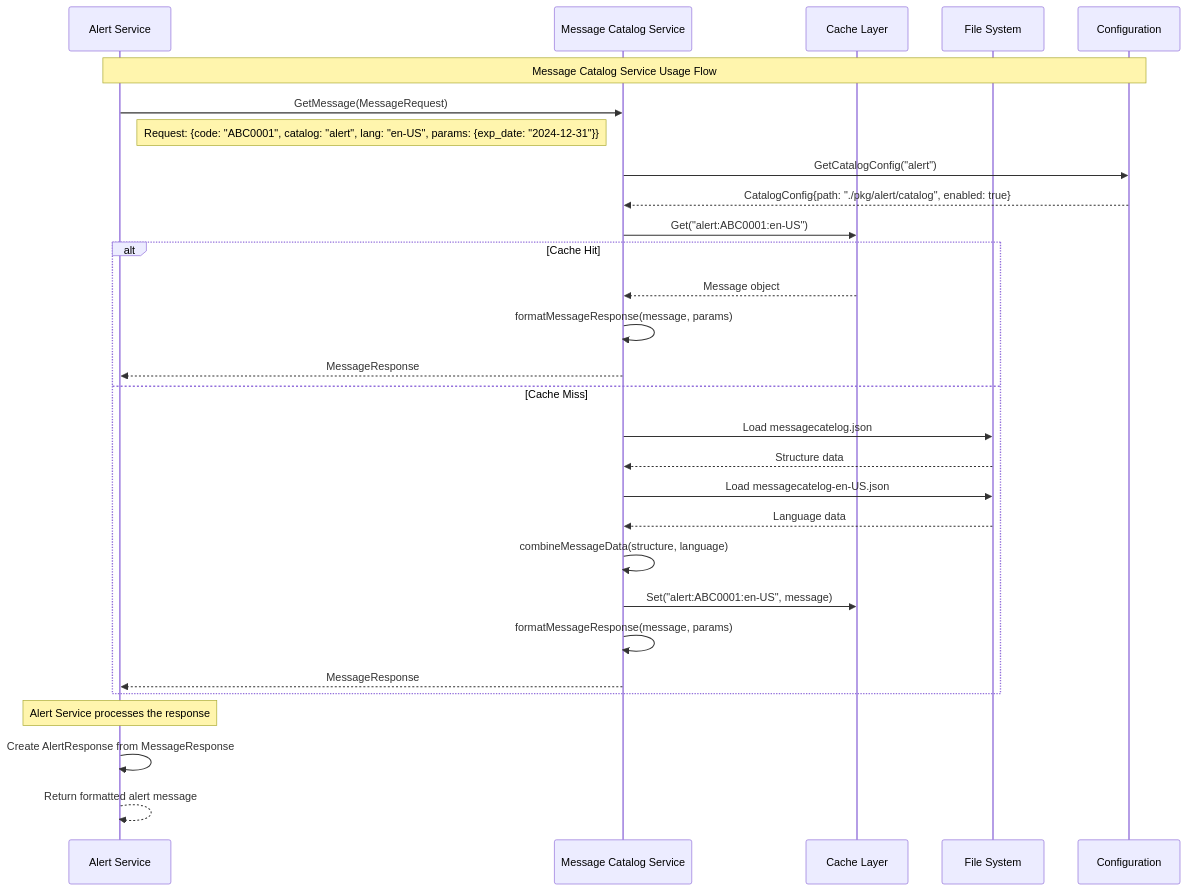
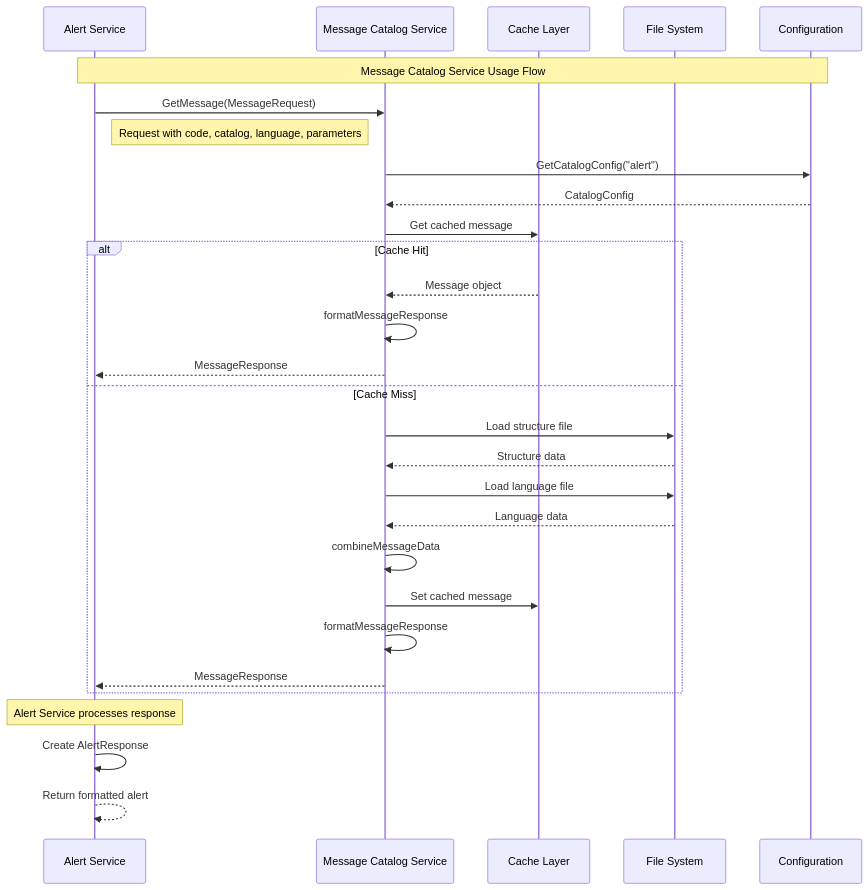
Before and after one commit to tushg/tushartemplategin: the diagram in internal/domains/messagecatalog/diagrams/sequence_diagram.mmd, drawn with Mermaid. The commit also changed 2 other files, not shown here.

Commit message:
fix: Improve Mermaid diagram compatibility and readability
- Simplify class diagram syntax for better rendering
- Remove complex type annotations that cause parsing issues
- Simplify sequence diagram notes and interactions
- Ensure all diagrams use compatible Mermaid syntax
- Update design document with cleaner, more readable diagrams

The diagrams should now render properly in most Mermaid viewers
including GitHub, GitLab, and other documentation platforms.

```diff
--- a/internal/domains/messagecatalog/diagrams/sequence_diagram.mmd
+++ b/internal/domains/messagecatalog/diagrams/sequence_diagram.mmd
@@ -1,34 +1,34 @@
 sequenceDiagram
     participant AS as Alert Service
     participant MCS as Message Catalog Service
     participant Cache as Cache Layer
     participant FS as File System
     participant Config as Configuration
 
     Note over AS,Config: Message Catalog Service Usage Flow
 
     AS->>MCS: GetMessage(MessageRequest)
-    Note right of AS: Request: {code: "ABC0001", catalog: "alert", lang: "en-US", params: {exp_date: "2024-12-31"}}
+    Note right of AS: Request with code, catalog, language, parameters
 
     MCS->>Config: GetCatalogConfig("alert")
-    Config-->>MCS: CatalogConfig{path: "./pkg/alert/catalog", enabled: true}
+    Config-->>MCS: CatalogConfig
 
-    MCS->>Cache: Get("alert:ABC0001:en-US")
+    MCS->>Cache: Get cached message
     alt Cache Hit
         Cache-->>MCS: Message object
-        MCS->>MCS: formatMessageResponse(message, params)
+        MCS->>MCS: formatMessageResponse
         MCS-->>AS: MessageResponse
     else Cache Miss
-        MCS->>FS: Load messagecatelog.json
+        MCS->>FS: Load structure file
         FS-->>MCS: Structure data
-        MCS->>FS: Load messagecatelog-en-US.json
+        MCS->>FS: Load language file
         FS-->>MCS: Language data
-        MCS->>MCS: combineMessageData(structure, language)
-        MCS->>Cache: Set("alert:ABC0001:en-US", message)
-        MCS->>MCS: formatMessageResponse(message, params)
+        MCS->>MCS: combineMessageData
+        MCS->>Cache: Set cached message
+        MCS->>MCS: formatMessageResponse
         MCS-->>AS: MessageResponse
     end
 
-    Note over AS: Alert Service processes the response
-    AS->>AS: Create AlertResponse from MessageResponse
-    AS-->>AS: Return formatted alert message
+    Note over AS: Alert Service processes response
+    AS->>AS: Create AlertResponse
+    AS-->>AS: Return formatted alert
```
